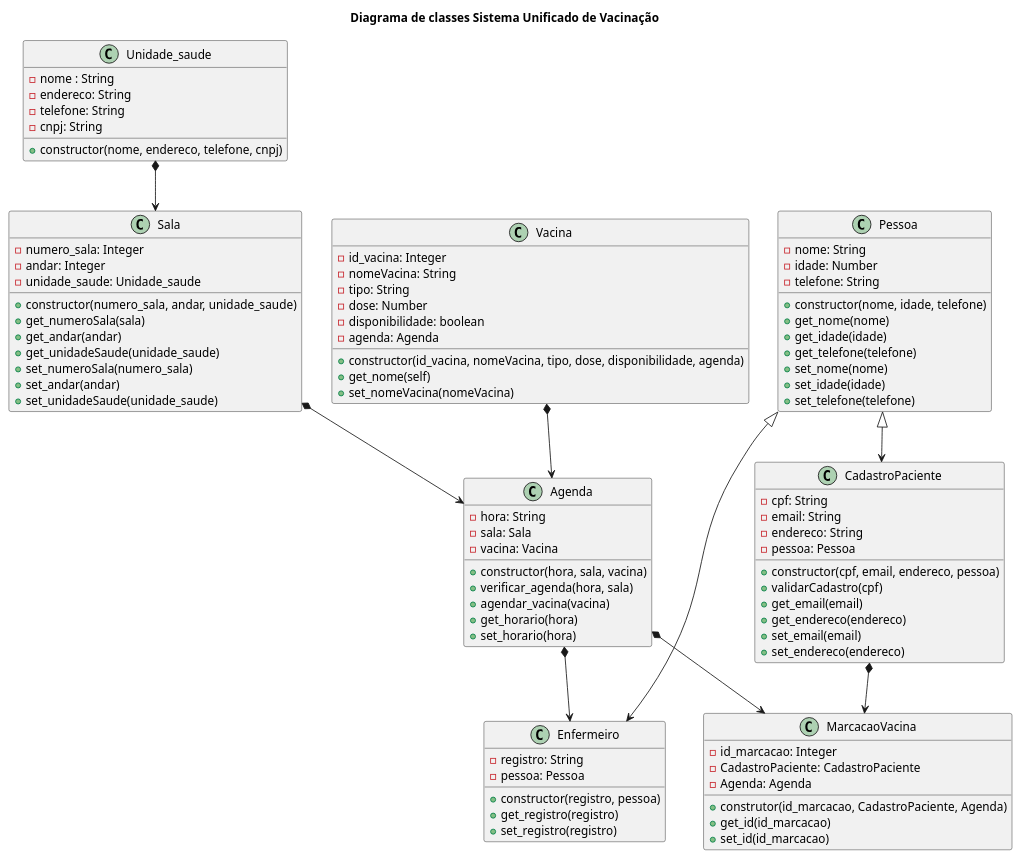
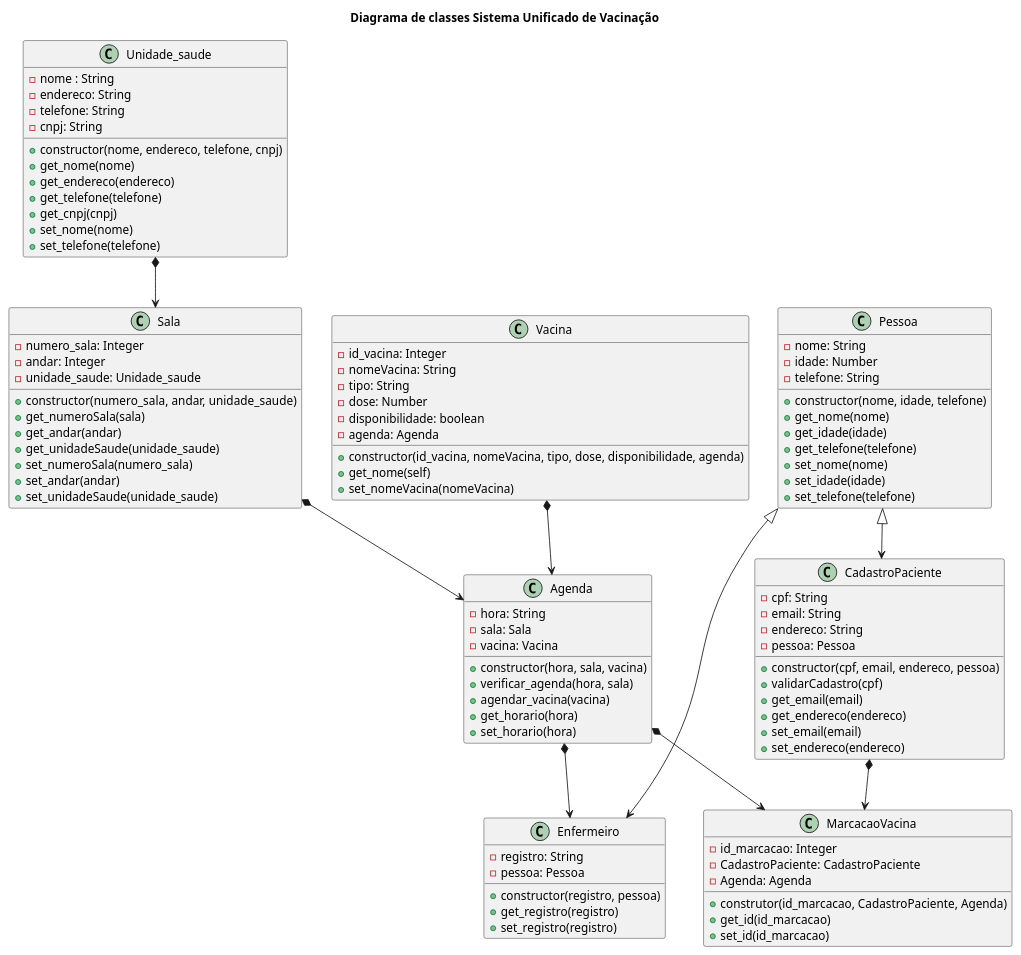
Before and after one commit to anleaes/2022-1-N2-POO-01: the diagram in diagrama_classe.plantuml, drawn with PlantUML.

Commit message:
atualizacao classe unidade saude

```diff
--- a/diagrama_classe.plantuml
+++ b/diagrama_classe.plantuml
@@ -1,102 +1,108 @@
 @startuml diagrama_classe
 
 title Diagrama de classes Sistema Unificado de Vacinação
 
 class Unidade_saude{
     - nome : String
     - endereco: String
     - telefone: String
     - cnpj: String
     + constructor(nome, endereco, telefone, cnpj)
+    + get_nome(nome)
+    + get_endereco(endereco)
+    + get_telefone(telefone)
+    + get_cnpj(cnpj)
+    + set_nome(nome)
+    + set_telefone(telefone)
 }
 
 class Sala{
     - numero_sala: Integer
     - andar: Integer
     - unidade_saude: Unidade_saude 
     + constructor(numero_sala, andar, unidade_saude)
     + get_numeroSala(sala)
     + get_andar(andar)
     + get_unidadeSaude(unidade_saude)
     + set_numeroSala(numero_sala)
     + set_andar(andar)
     + set_unidadeSaude(unidade_saude)
 }
 
 class Agenda{
     - hora: String
     - sala: Sala
     - vacina: Vacina
     + constructor(hora, sala, vacina)
     + verificar_agenda(hora, sala)
     + agendar_vacina(vacina)
     + get_horario(hora)
     + set_horario(hora)
 }
 
 
 Class Vacina{
     - id_vacina: Integer
     - nomeVacina: String
     - tipo: String
     - dose: Number
     - disponibilidade: boolean
     - agenda: Agenda
     + constructor(id_vacina, nomeVacina, tipo, dose, disponibilidade, agenda)
     + get_nome(self)
     + set_nomeVacina(nomeVacina)
 }
 
 class Pessoa{
     - nome: String
     - idade: Number
     - telefone: String
     + constructor(nome, idade, telefone)
     + get_nome(nome)
     + get_idade(idade)
     + get_telefone(telefone)
     + set_nome(nome)
     + set_idade(idade)
     + set_telefone(telefone)
 }
 
 class CadastroPaciente {
     - cpf: String
     - email: String
     - endereco: String
     - pessoa: Pessoa
     + constructor(cpf, email, endereco, pessoa)
     + validarCadastro(cpf)
     + get_email(email)
     + get_endereco(endereco)
     + set_email(email)
     + set_endereco(endereco)
 }
 
 class Enfermeiro {
     - registro: String
     - pessoa: Pessoa
     + constructor(registro, pessoa)
     + get_registro(registro)
     + set_registro(registro)
 }
 
 class MarcacaoVacina{
     - id_marcacao: Integer
     - CadastroPaciente: CadastroPaciente
     - Agenda: Agenda
     + construtor(id_marcacao, CadastroPaciente, Agenda)
     + get_id(id_marcacao)
     + set_id(id_marcacao)
 }
 
 Pessoa <|--> CadastroPaciente
 Pessoa <|--> Enfermeiro
 Unidade_saude *--> Sala
 Sala *--> Agenda
 Vacina *--> Agenda
 Agenda *--> Enfermeiro
 CadastroPaciente *--> MarcacaoVacina
 Agenda *--> MarcacaoVacina
 
 @enduml
```
